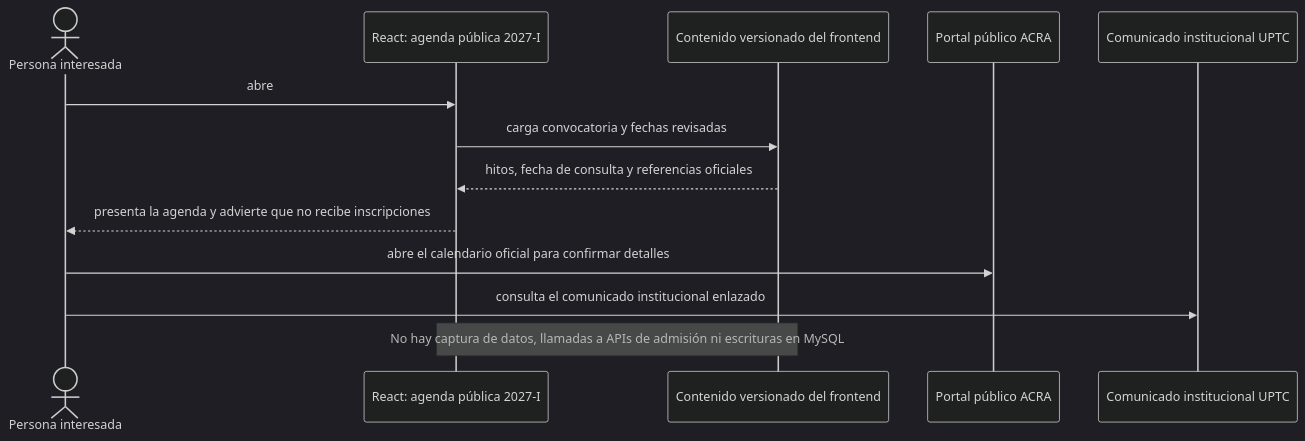
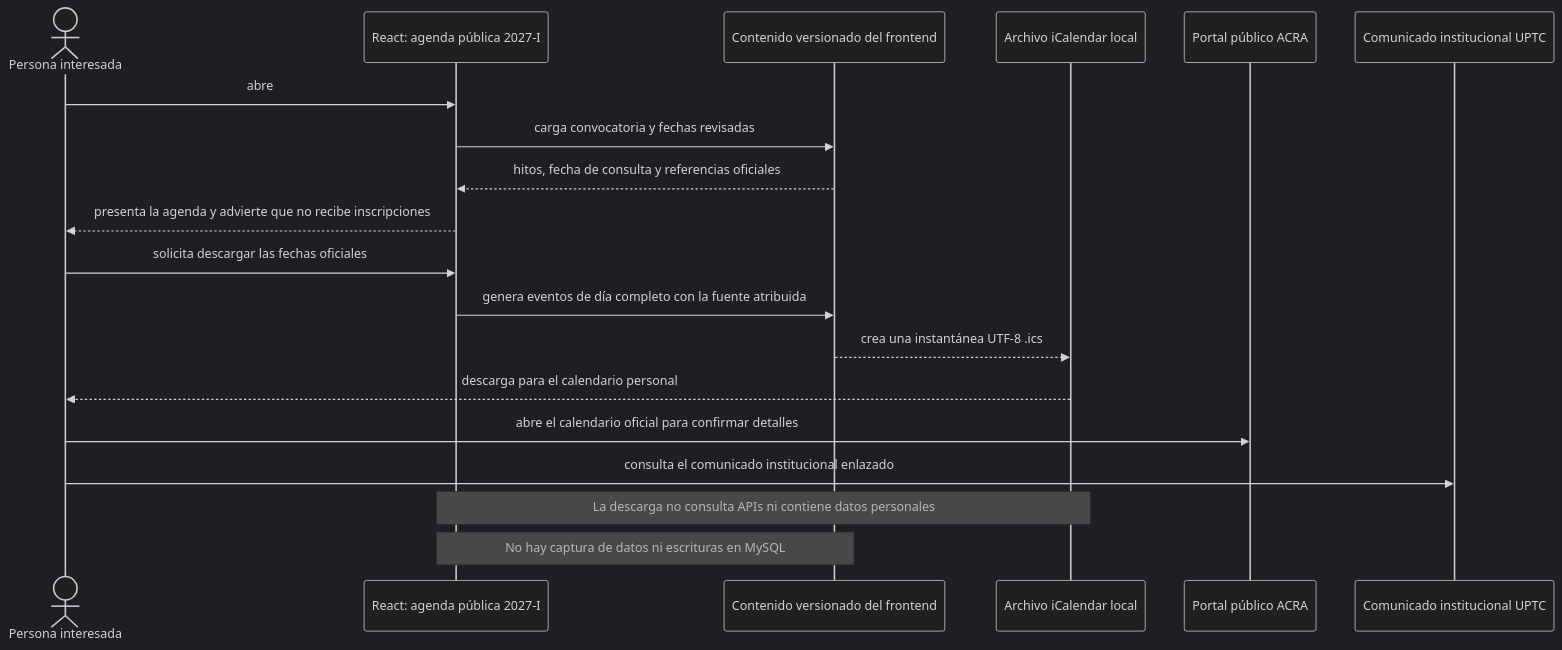
Before and after one commit to jdsalasca/open-university-backend: the third of 23 diagrams in docs/architecture/process-flows.md, drawn with Mermaid (dark theme). The commit also changed other lines of this file and 3 other files, not shown here.

````diff
--- a/docs/architecture/process-flows.md
+++ b/docs/architecture/process-flows.md
@@ -93,16 +93,22 @@
 ```mermaid
 sequenceDiagram
   actor Aspirante as Persona interesada
   participant UI as React: agenda pública 2027-I
   participant Content as Contenido versionado del frontend
+  participant File as Archivo iCalendar local
   participant ACRA as Portal público ACRA
   participant News as Comunicado institucional UPTC
 
   Aspirante->>UI: abre #admisiones
   UI->>Content: carga convocatoria y fechas revisadas
   Content-->>UI: hitos, fecha de consulta y referencias oficiales
   UI-->>Aspirante: presenta la agenda y advierte que no recibe inscripciones
+  Aspirante->>UI: solicita descargar las fechas oficiales
+  UI->>Content: genera eventos de día completo con la fuente atribuida
+  Content-->>File: crea una instantánea UTF-8 .ics
+  File-->>Aspirante: descarga para el calendario personal
   Aspirante->>ACRA: abre el calendario oficial para confirmar detalles
   Aspirante->>News: consulta el comunicado institucional enlazado
-  Note over UI,Content: No hay captura de datos, llamadas a APIs de admisión ni escrituras en MySQL
+  Note over UI,File: La descarga no consulta APIs ni contiene datos personales
+  Note over UI,Content: No hay captura de datos ni escrituras en MySQL
 ```
````
